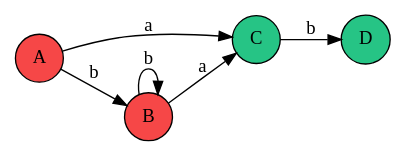
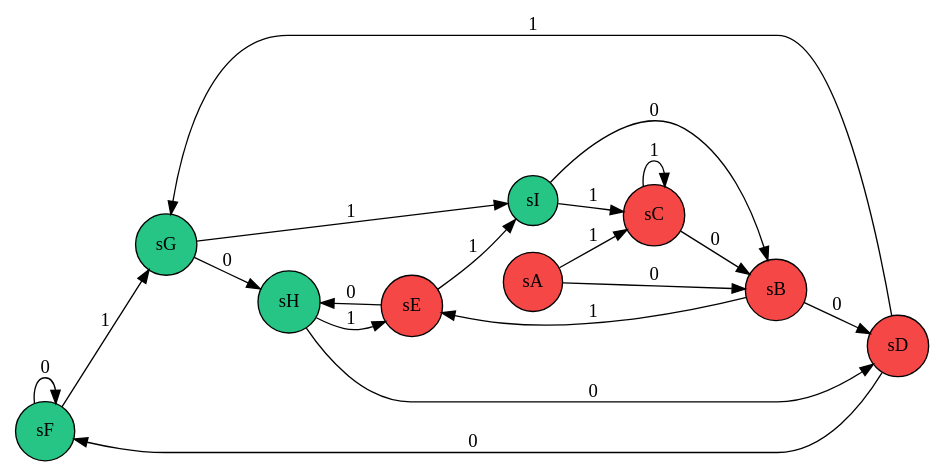
One commit to virtualmonkey/expresiones-regulares changed the diagram in graphs/NDFAToDFA.gv. Above: the diagram before and after it, drawn with Graphviz. The commit also changed 5 other files, not shown here.

```diff
--- a/graphs/NDFAToDFA.gv
+++ b/graphs/NDFAToDFA.gv
@@ -1,12 +1,27 @@
 digraph "DFA by Thompson's method" {
 	rankdir=LR size=10
 	node [fillcolor="#26C485" shape=circle style=filled]
-	C
-	D
+	sF
+	sG
+	sH
+	sI
 	node [fillcolor="#f64747" shape=circle style=filled]
-	A -> B [label=b]
-	A -> C [label=a]
-	B -> B [label=b]
-	B -> C [label=a]
-	C -> D [label=b]
+	sA -> sB [label=0]
+	sA -> sC [label=1]
+	sB -> sD [label=0]
+	sB -> sE [label=1]
+	sC -> sB [label=0]
+	sC -> sC [label=1]
+	sD -> sF [label=0]
+	sD -> sG [label=1]
+	sE -> sH [label=0]
+	sE -> sI [label=1]
+	sF -> sF [label=0]
+	sF -> sG [label=1]
+	sG -> sH [label=0]
+	sG -> sI [label=1]
+	sH -> sD [label=0]
+	sH -> sE [label=1]
+	sI -> sB [label=0]
+	sI -> sC [label=1]
 }
```
